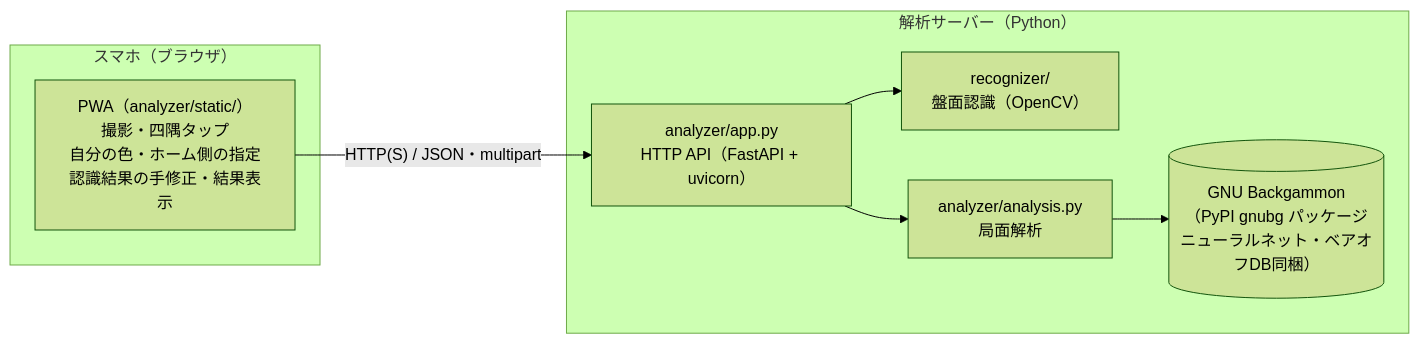
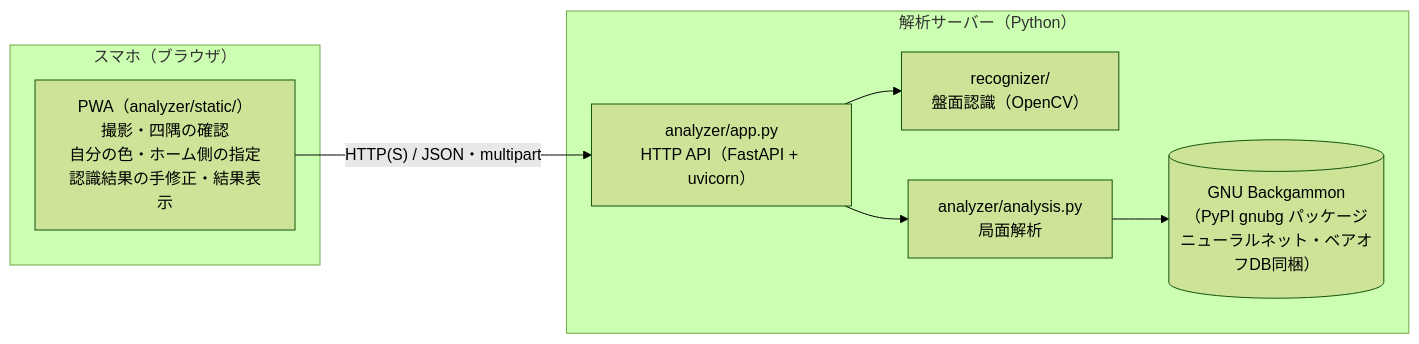
The first of 5 diagrams in README.md (ytani01/bganalyzer), drawn with Mermaid (forest theme) before and after one commit. The commit also changed other lines of this file and 9 other files, not shown here.

````diff
--- a/README.md
+++ b/README.md
@@ -11,18 +11,18 @@
 ```mermaid
 flowchart LR
     subgraph phone["スマホ（ブラウザ）"]
-        pwa["PWA（analyzer/static/）<br/>撮影・四隅タップ<br/>自分の色・ホーム側の指定<br/>認識結果の手修正・結果表示"]
+        pwa["PWA（analyzer/static/）<br/>撮影・四隅の確認<br/>自分の色・ホーム側の指定<br/>認識結果の手修正・結果表示"]
     end
 
     subgraph server["解析サーバー（Python）"]
         api["analyzer/app.py<br/>HTTP API（FastAPI + uvicorn）"]
         rec["recognizer/<br/>盤面認識（OpenCV）"]
         ana["analyzer/analysis.py<br/>局面解析"]
         gnubg[("GNU Backgammon<br/>（PyPI gnubg パッケージ<br/>ニューラルネット・ベアオフDB同梱）")]
         api --> rec
         api --> ana
         ana --> gnubg
     end
 
     pwa -- "HTTP(S) / JSON・multipart" --> api
 ```
````
